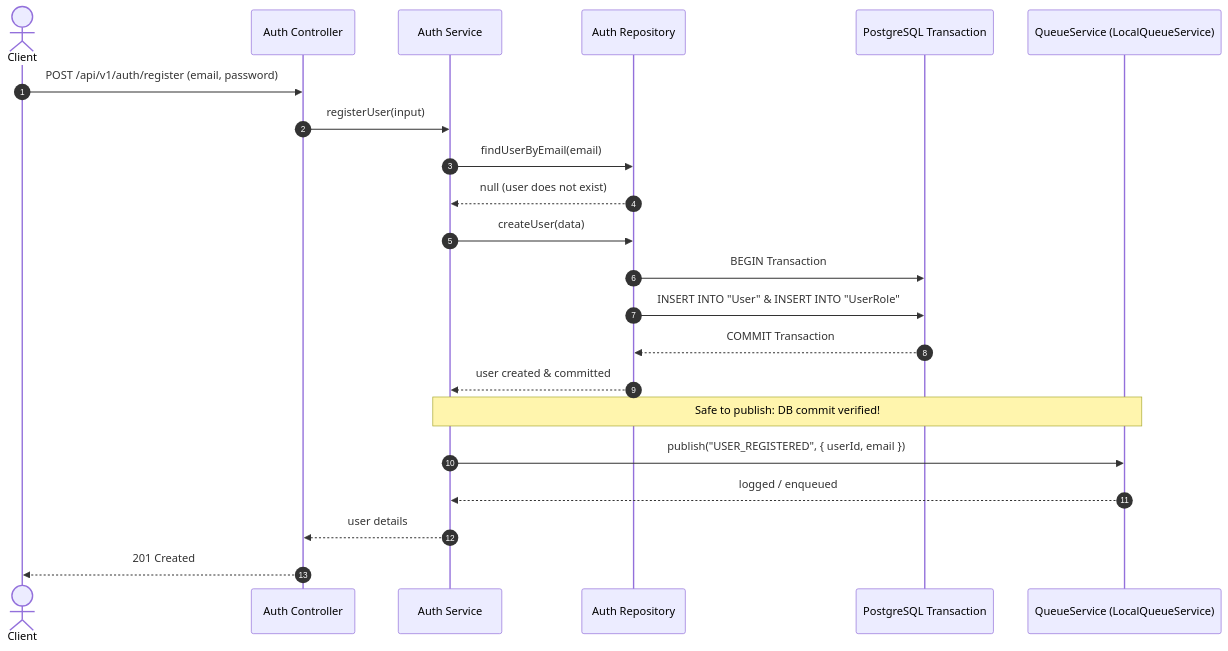
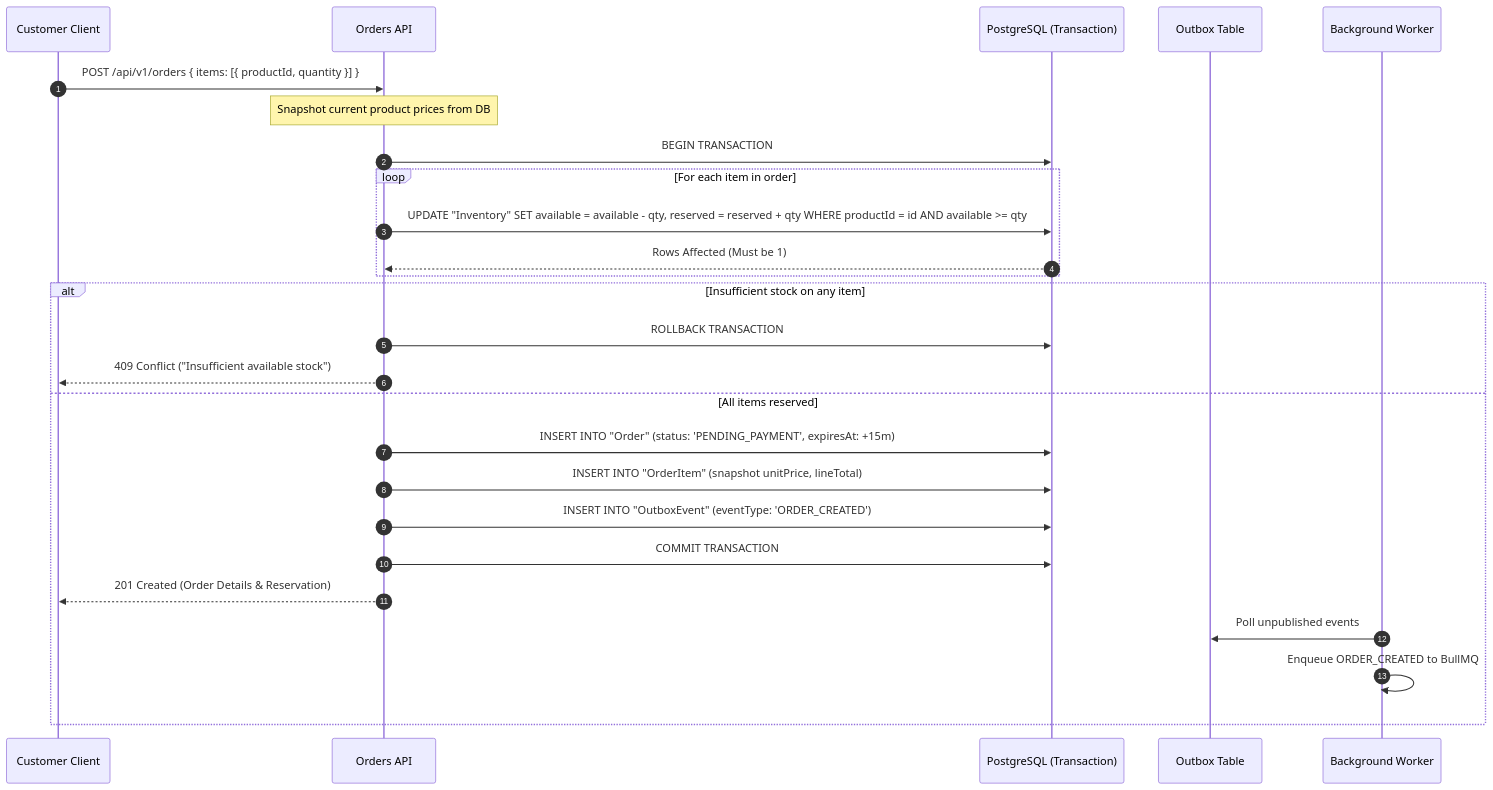
The second of 4 diagrams in README.md (prasadm00/backend-api-starter), drawn with Mermaid before and after one commit. The commit also changed other lines of this file and 99 other files, not shown here.

````diff
--- a/README.md
+++ b/README.md
@@ -94,28 +44,29 @@
 ```mermaid
 sequenceDiagram
     autonumber
-    actor Client
-    participant AuthController as Auth Controller
-    participant AuthService as Auth Service
-    participant Repo as Auth Repository
-    participant DB as PostgreSQL Transaction
-    participant Queue as QueueService (LocalQueueService)
+    participant Customer as Customer Client
+    participant API as Orders API
+    participant DB as PostgreSQL (Transaction)
+    participant Outbox as Outbox Table
+    participant Worker as Background Worker
 
-    Client->>AuthController: POST /api/v1/auth/register (email, password)
-    AuthController->>AuthService: registerUser(input)
-    AuthService->>Repo: findUserByEmail(email)
-    Repo-->>AuthService: null (user does not exist)
-
-    AuthService->>Repo: createUser(data)
-    Repo->>DB: BEGIN Transaction
-    Repo->>DB: INSERT INTO "User" & INSERT INTO "UserRole"
-    DB-->>Repo: COMMIT Transaction
-    Repo-->>AuthService: user created & committed
-
-    Note over AuthService,Queue: Safe to publish: DB commit verified!
-    AuthService->>Queue: publish("USER_REGISTERED", { userId, email })
-    Queue-->>AuthService: logged / enqueued
-
-    AuthService-->>AuthController: user details
-    AuthController-->>Client: 201 Created
+    Customer->>API: POST /api/v1/orders { items: [{ productId, quantity }] }
+    Note over API: Snapshot current product prices from DB
+    API->>DB: BEGIN TRANSACTION
+    loop For each item in order
+        API->>DB: UPDATE "Inventory" SET available = available - qty, reserved = reserved + qty WHERE productId = id AND available >= qty
+        DB-->>API: Rows Affected (Must be 1)
+    end
+    alt Insufficient stock on any item
+        API->>DB: ROLLBACK TRANSACTION
+        API-->>Customer: 409 Conflict ("Insufficient available stock")
+    else All items reserved
+        API->>DB: INSERT INTO "Order" (status: 'PENDING_PAYMENT', expiresAt: +15m)
+        API->>DB: INSERT INTO "OrderItem" (snapshot unitPrice, lineTotal)
+        API->>DB: INSERT INTO "OutboxEvent" (eventType: 'ORDER_CREATED')
+        API->>DB: COMMIT TRANSACTION
+        API-->>Customer: 201 Created (Order Details & Reservation)
+        Worker->>Outbox: Poll unpublished events
+        Worker->>Worker: Enqueue ORDER_CREATED to BullMQ
+    end
 ```
````
